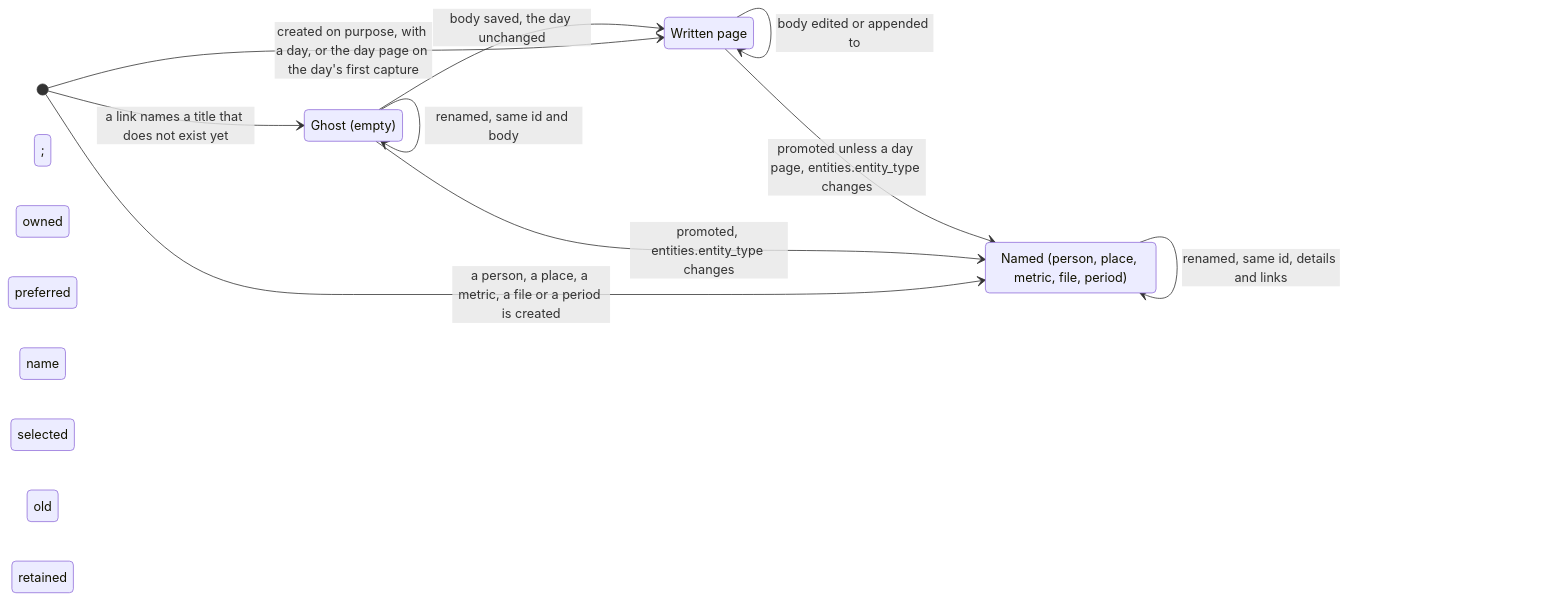
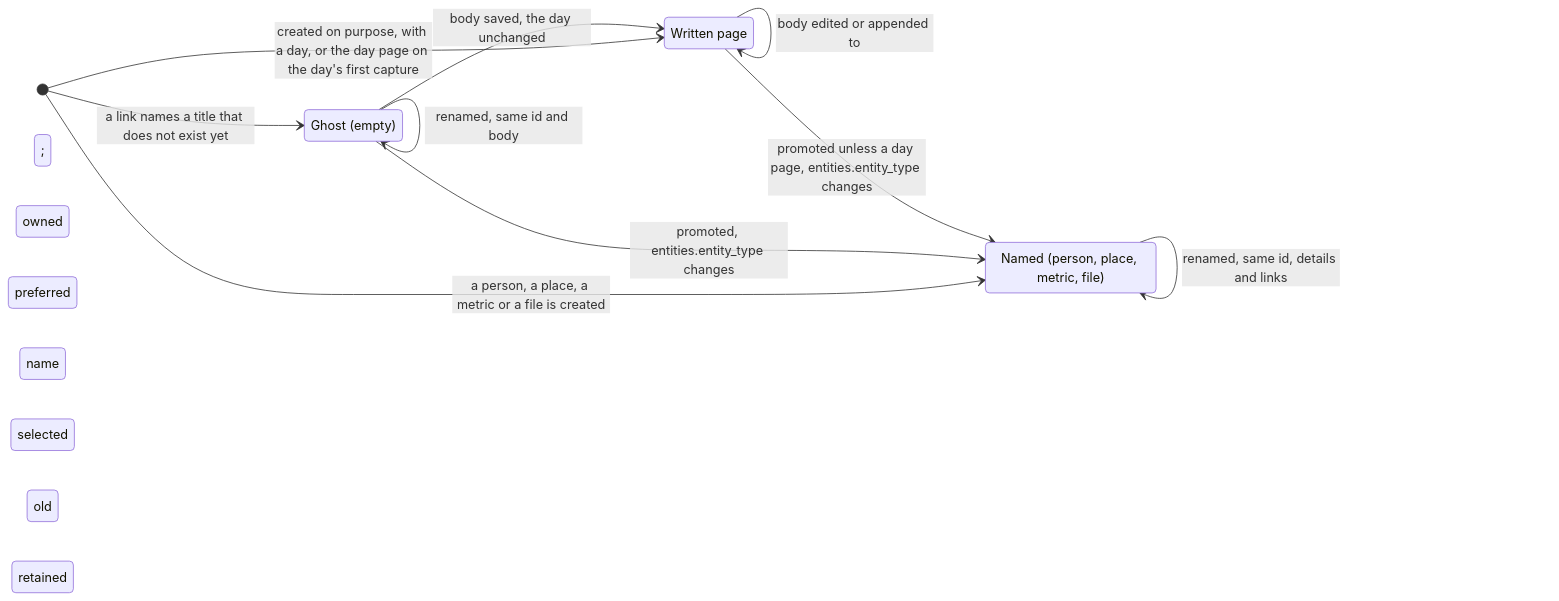
Before and after one commit to alexradunet/lifelogdb: the diagram in docs/architecture/page-lifecycle.md, drawn with Mermaid. The commit also changed other lines of this file and 78 other files, not shown here.

````diff
--- a/docs/architecture/page-lifecycle.md
+++ b/docs/architecture/page-lifecycle.md
@@ -7,17 +7,17 @@
 ```mermaid
 %% diagram: page-life
 stateDiagram-v2
     direction LR
     state "Ghost (empty)" as Ghost
     state "Written page" as Written
-    state "Named (person, place, metric, file, period)" as Named
+    state "Named (person, place, metric, file)" as Named
     [*] --> Ghost: a link names a title that does not exist yet
     [*] --> Written: created on purpose, with a day, or the day page on the day's first capture
-    [*] --> Named: a person, a place, a metric, a file or a period is created
+    [*] --> Named: a person, a place, a metric or a file is created
     Ghost --> Written: body saved, the day unchanged
     Ghost --> Named: promoted, entities.entity_type changes
     Written --> Named: promoted unless a day page, entities.entity_type changes
     Written --> Written: body edited or appended to; owned preferred name selected
     Ghost --> Ghost: renamed, same id and body; old owned name retained
     Named --> Named: renamed, same id, details and links; old owned name retained
 ```
````
